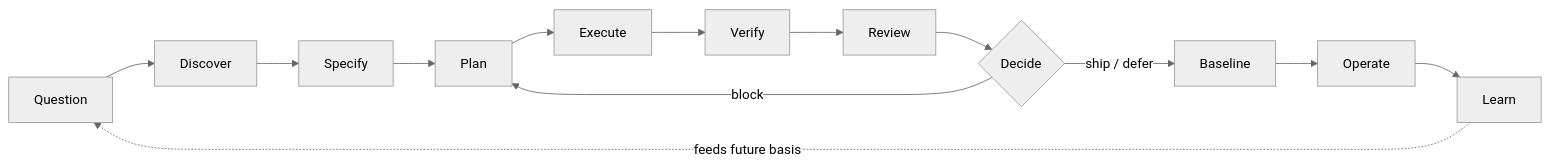
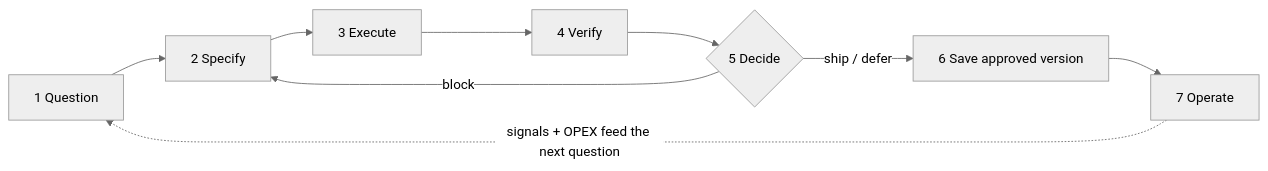
Before and after one commit to FlyFission/nuclear-grade-context-engineering: the diagram in README.md, drawn with Mermaid (neutral theme). The commit also changed other lines of this file and 1 other file, not shown here.

````diff
--- a/README.md
+++ b/README.md
@@ -104,9 +108,8 @@
 ```mermaid
 flowchart LR
-    Q[Question] --> D[Discover] --> S[Specify] --> P[Plan]
-    P --> E[Execute] --> V[Verify] --> R[Review]
-    R --> Dec{Decide}
-    Dec -->|ship / defer| B[Baseline] --> O[Operate] --> L[Learn]
-    Dec -->|block| P
-    L -.feeds future basis.-> Q
+    Q[1 Question] --> S[2 Specify] --> E[3 Execute] --> V[4 Verify]
+    V --> Dec{5 Decide}
+    Dec -->|ship / defer| B[6 Save approved version] --> O[7 Operate]
+    Dec -->|block| S
+    O -.signals + OPEX feed the next question.-> Q
 ```
````
